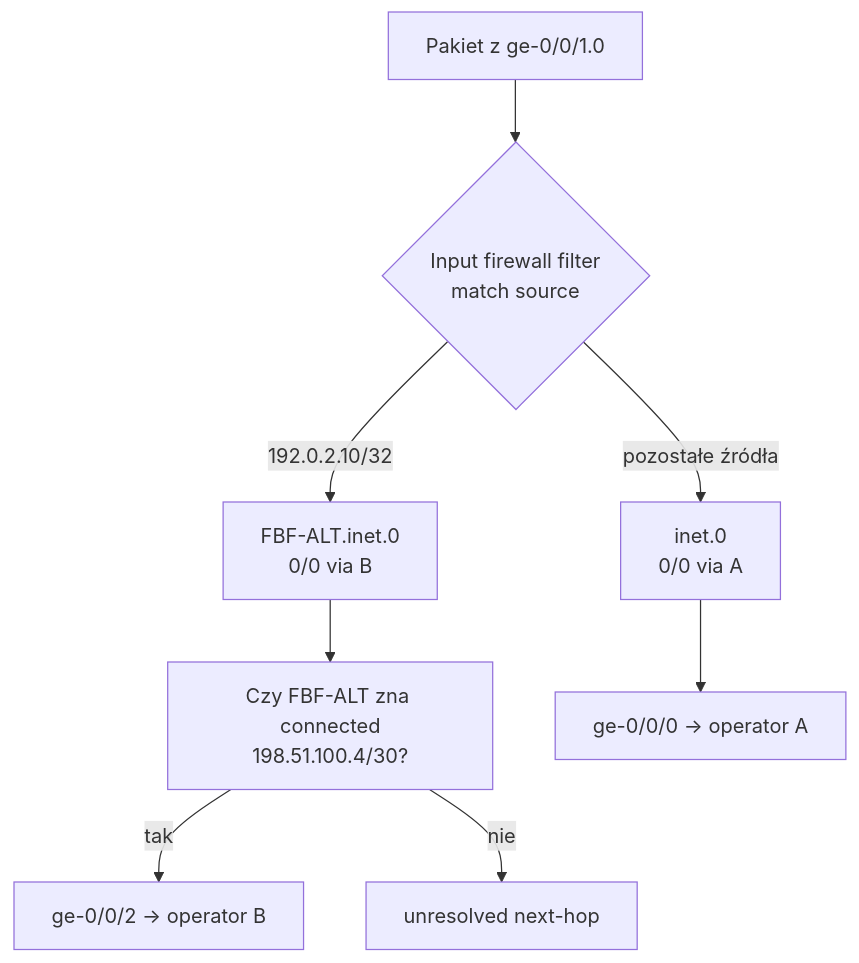
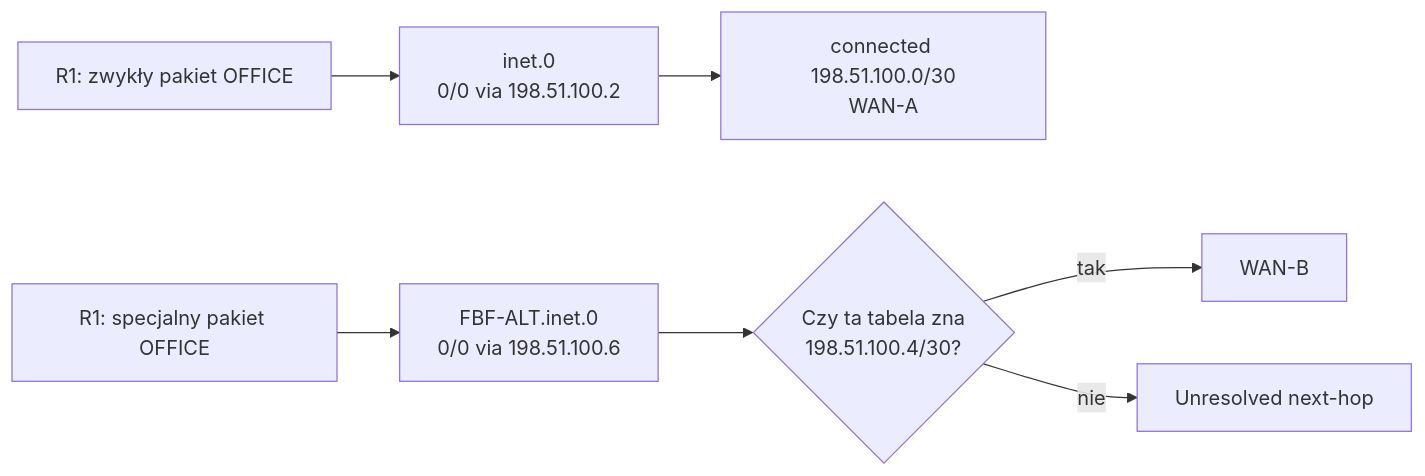
The fourth of 8 diagrams in docs/chapters/JUNOS_Rozdzial_07_Protocol_Independent_Routing.md (nelto79/jncip), drawn with Mermaid before and after one commit. The commit also changed other lines of this file, not shown here.

```diff
--- a/docs/chapters/JUNOS_Rozdzial_07_Protocol_Independent_Routing.md
+++ b/docs/chapters/JUNOS_Rozdzial_07_Protocol_Independent_Routing.md
@@ -384,10 +312,9 @@
 ~~~mermaid
-flowchart TD
-  P["Pakiet z ge-0/0/1.0"] --> FILTER{"Input firewall filter\nmatch source"}
-  FILTER -->|"192.0.2.10/32"| ALT["FBF-ALT.inet.0\n0/0 via B"]
-  FILTER -->|"pozostałe źródła"| BASE["inet.0\n0/0 via A"]
-  ALT --> RESOLVE["Czy FBF-ALT zna connected\n198.51.100.4/30?"]
-  RESOLVE -->|"tak"| B["ge-0/0/2 → operator B"]
-  RESOLVE -->|"nie"| BAD["unresolved next-hop"]
-  BASE --> A["ge-0/0/0 → operator A"]
+flowchart LR
+  IN["R1: zwykły pakiet OFFICE"] --> M["inet.0<br/>0/0 via 198.51.100.2"]
+  SPEC["R1: specjalny pakiet OFFICE"] --> B["FBF-ALT.inet.0<br/>0/0 via 198.51.100.6"]
+  M --> A["connected 198.51.100.0/30<br/>WAN-A"]
+  B --> Q{"Czy ta tabela zna<br/>198.51.100.4/30?"}
+  Q -->|tak| OK["WAN-B"]
+  Q -->|nie| FAIL["Unresolved next-hop"]
 ~~~
```
